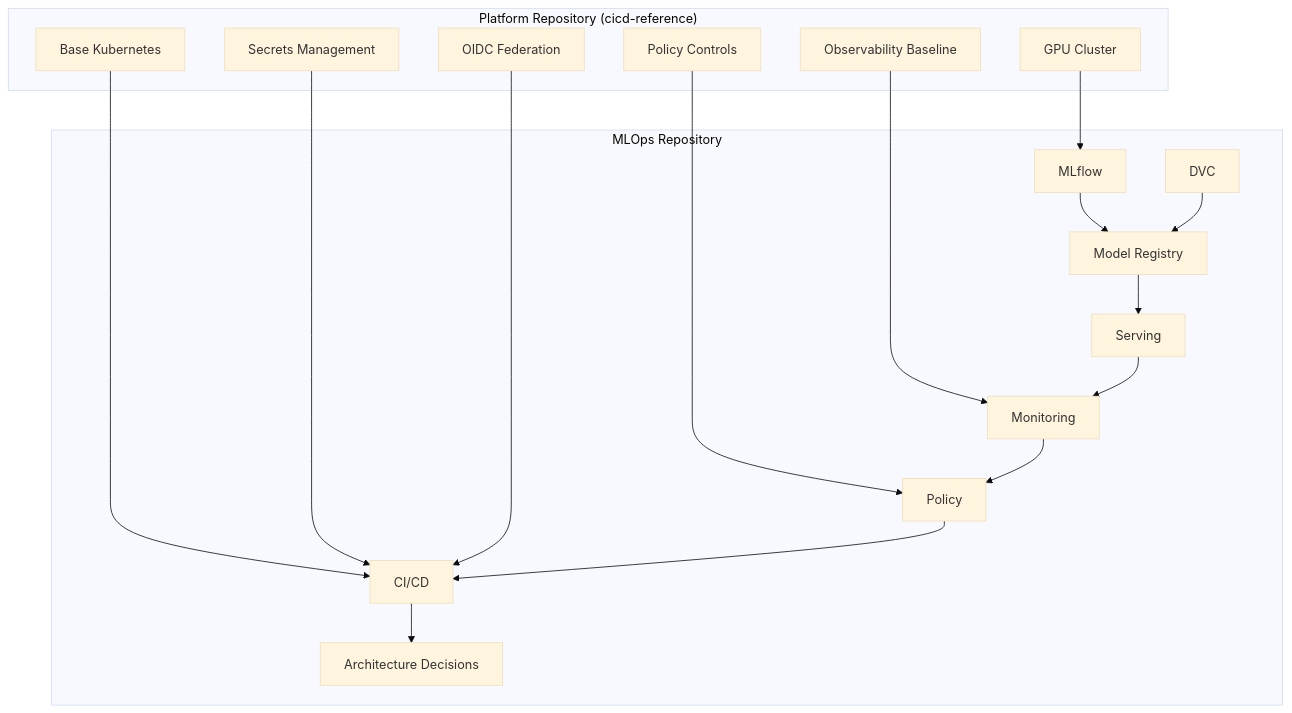
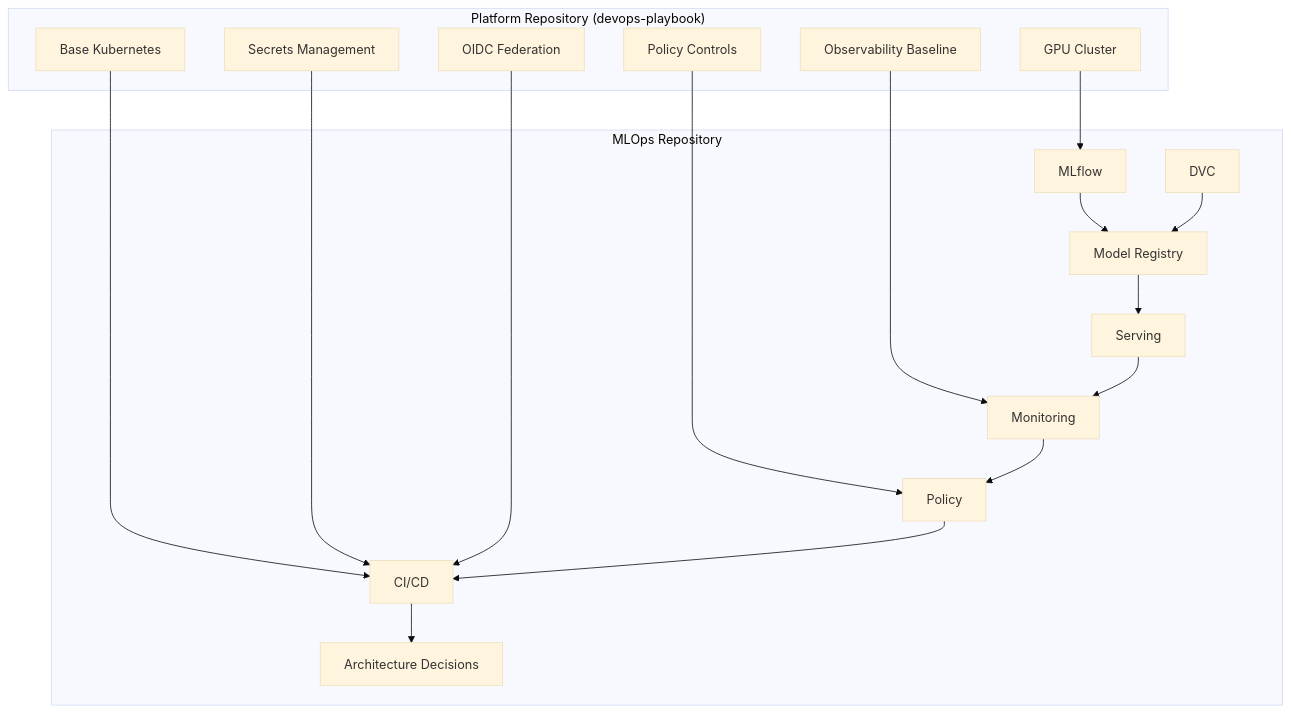
One commit to vivek-doshi/mlops-playbook changed the diagram in docs/topology/INTEGRATION-BRIDGE.md. Above: the diagram before and after it, drawn with Mermaid (base theme). The commit also changed other lines of this file and 53 other files, not shown here.

````diff
--- a/docs/topology/INTEGRATION-BRIDGE.md
+++ b/docs/topology/INTEGRATION-BRIDGE.md
@@ -111,37 +111,37 @@
 ```mermaid
 graph TB
-    subgraph Platform["Platform Repository (cicd-reference)"]
+    subgraph Platform["Platform Repository (devops-playbook)"]
         P1[GPU Cluster]
         P2[Base Kubernetes]
         P3[Secrets Management]
         P4[OIDC Federation]
         P5[Policy Controls]
         P6[Observability Baseline]
     end
 
     subgraph MLOps["MLOps Repository"]
         M1[MLflow]
         M2[DVC]
         M3[Model Registry]
         M4[Serving]
         M5[Monitoring]
         M6[Policy]
         M7[CI/CD]
         M8[Architecture Decisions]
     end
 
     P1 --> M1
     P2 --> M7
     P3 --> M7
     P4 --> M7
     P5 --> M6
     P6 --> M5
 
     M1 --> M3
     M2 --> M3
     M3 --> M4
     M4 --> M5
     M5 --> M6
     M6 --> M7
     M7 --> M8
 ```
````
